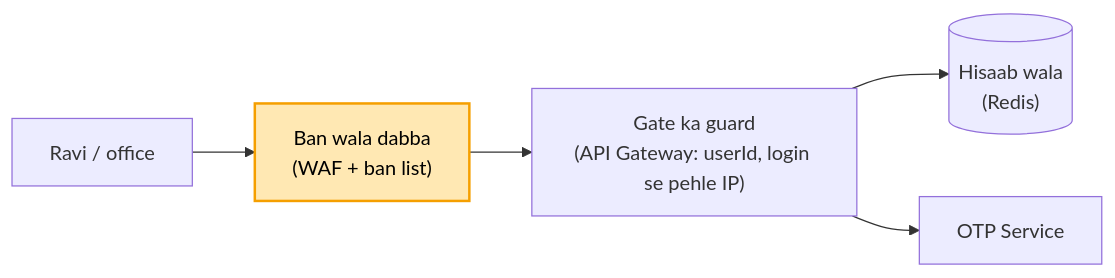
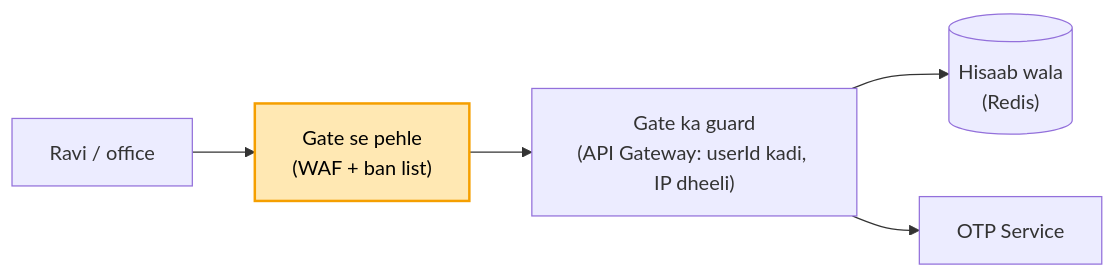
The sixth of 8 diagrams in 04_HLD/SYSTEM_DESIGNS/02_rate_limiter/02_rate_limiter.md (ArpanMaheshwari144/Prep), drawn with Mermaid before and after one commit. The commit also changed other lines of this file and 17 other files, not shown here.

Commit message:
HLD: 17 main files hand notes se milaye (har block alag section, kahani + asli naam, mermaid), technical naam bhi rakhe

````diff
--- a/04_HLD/SYSTEM_DESIGNS/02_rate_limiter/02_rate_limiter.md
+++ b/04_HLD/SYSTEM_DESIGNS/02_rate_limiter/02_rate_limiter.md
@@ -122,8 +154,8 @@
 ```mermaid
 flowchart LR
-    U["Ravi / office"] --> W["Ban wala dabba<br/>(WAF + ban list)"]
-    W --> G["Gate ka guard<br/>(API Gateway: userId, login se pehle IP)"]
+    U["Ravi / office"] --> W["Gate se pehle<br/>(WAF + ban list)"]
+    W --> G["Gate ka guard<br/>(API Gateway: userId kadi, IP dheeli)"]
     G --> R[("Hisaab wala<br/>(Redis)")]
     G --> O["OTP Service"]
     style W fill:#ffe8b3,stroke:#f59f00,stroke-width:2px,color:#000
 ```
````
